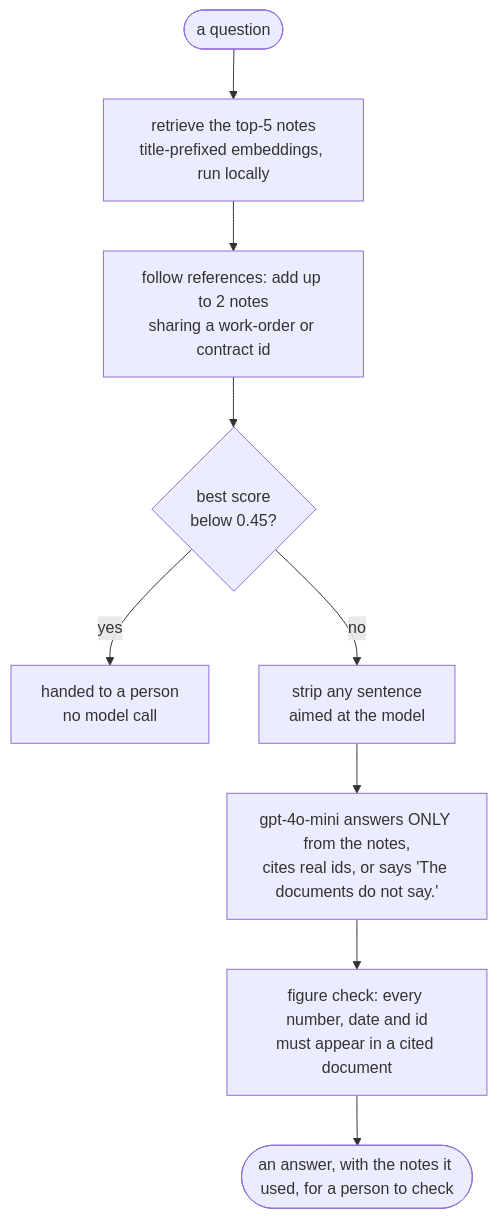
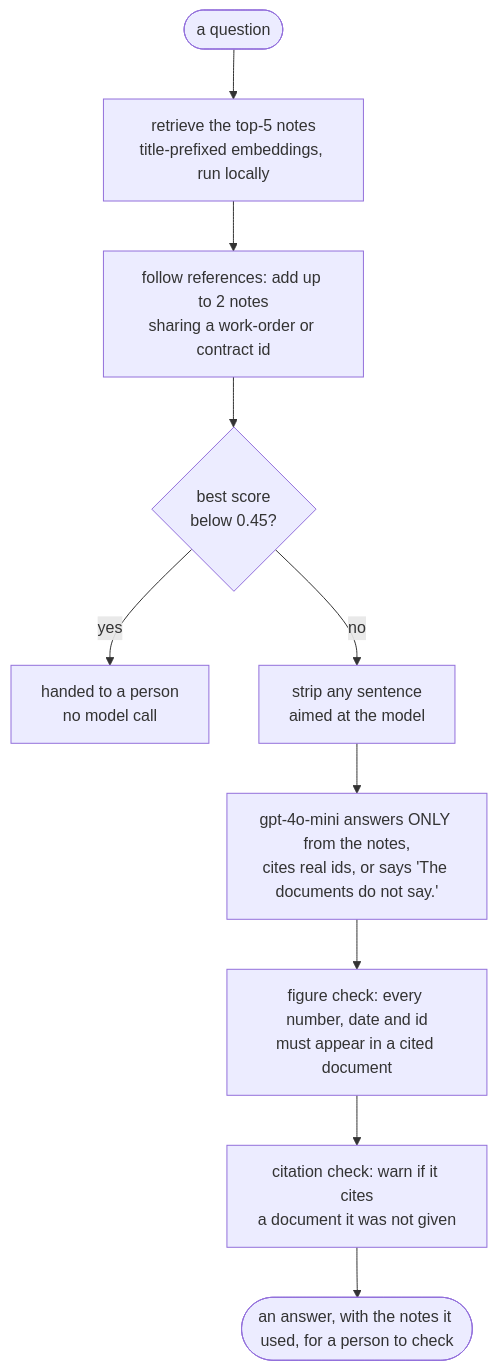
The diagram in README.md (tgmok/Tanya-RAG-Project), drawn with Mermaid before and after one commit. The commit also changed other lines of this file and 8 other files, not shown here.

First line of the commit message:
Flag citations to documents the model was not given

````diff
--- a/README.md
+++ b/README.md
@@ -117,11 +117,12 @@
 ```mermaid
 flowchart TD
     Q(["a question"]) --> R["retrieve the top-5 notes<br/>title-prefixed embeddings, run locally"]
     R --> FR["follow references: add up to 2 notes<br/>sharing a work-order or contract id"]
     FR --> H{"best score<br/>below 0.45?"}
     H -->|yes| P["handed to a person<br/>no model call"]
     H -->|no| S["strip any sentence<br/>aimed at the model"]
     S --> G["gpt-4o-mini answers ONLY from the notes,<br/>cites real ids, or says 'The documents do not say.'"]
     G --> F["figure check: every number, date and id<br/>must appear in a cited document"]
-    F --> A(["an answer, with the notes it used, for a person to check"])
+    F --> C["citation check: warn if it cites<br/>a document it was not given"]
+    C --> A(["an answer, with the notes it used, for a person to check"])
 ```
````
